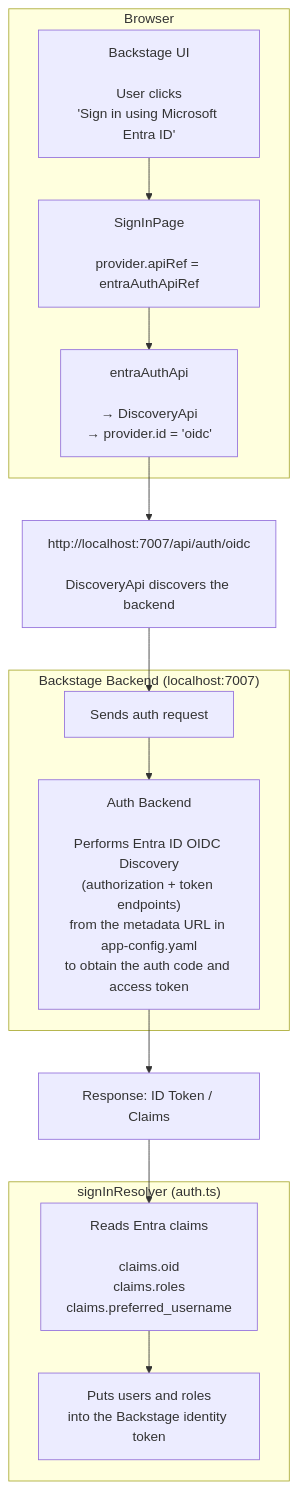
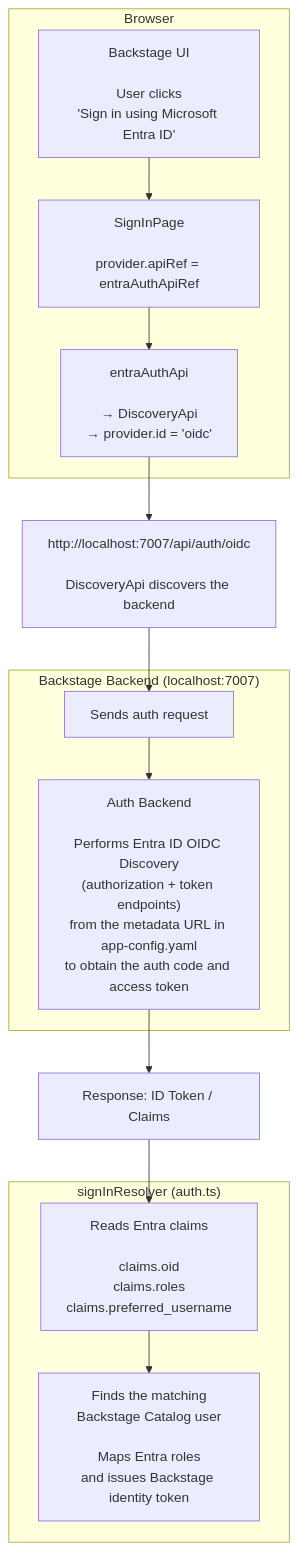
The second of 3 diagrams in README.md (imranahmad88pr147/backstage-selfservice), drawn with Mermaid before and after one commit. The commit also changed other lines of this file, not shown here.

````diff
--- a/README.md
+++ b/README.md
@@ -177,42 +180,32 @@
 ```mermaid
 flowchart TD
 
     subgraph Browser["Browser"]
-
         A["Backstage UI<br/><br/>User clicks<br/>'Sign in using Microsoft Entra ID'"]
-
         B["SignInPage<br/><br/>provider.apiRef = entraAuthApiRef"]
-
         C["entraAuthApi<br/><br/>→ DiscoveryApi<br/>→ provider.id = 'oidc'"]
-
     end
 
     D["http://localhost:7007/api/auth/oidc<br/><br/>DiscoveryApi discovers the backend"]
 
     subgraph Backend["Backstage Backend (localhost:7007)"]
-
         E["Sends auth request"]
-
         F["Auth Backend<br/><br/>Performs Entra ID OIDC Discovery<br/>(authorization + token endpoints)<br/>from the metadata URL in app-config.yaml<br/>to obtain the auth code and access token"]
-
     end
 
     G["Response: ID Token / Claims"]
 
     subgraph Resolver["signInResolver (auth.ts)"]
-
         H["Reads Entra claims<br/><br/>claims.oid<br/>claims.roles<br/>claims.preferred_username"]
-
-        I["Puts users and roles<br/>into the Backstage identity token"]
-
+        I["Finds the matching<br/>Backstage Catalog user<br/><br/>Maps Entra roles<br/>and issues Backstage identity token"]
     end
 
     A --> B
     B --> C
     C --> D
     D --> E
     E --> F
     F --> G
     G --> H
     H --> I
 ```
````
